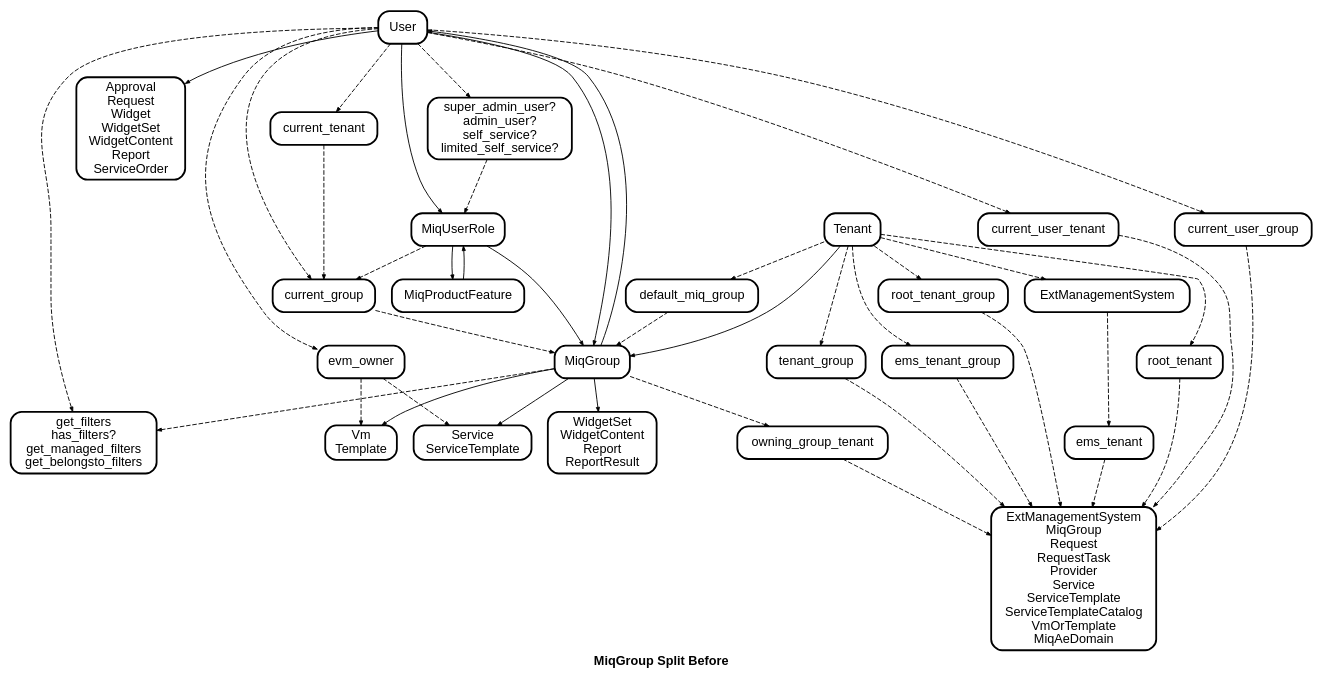
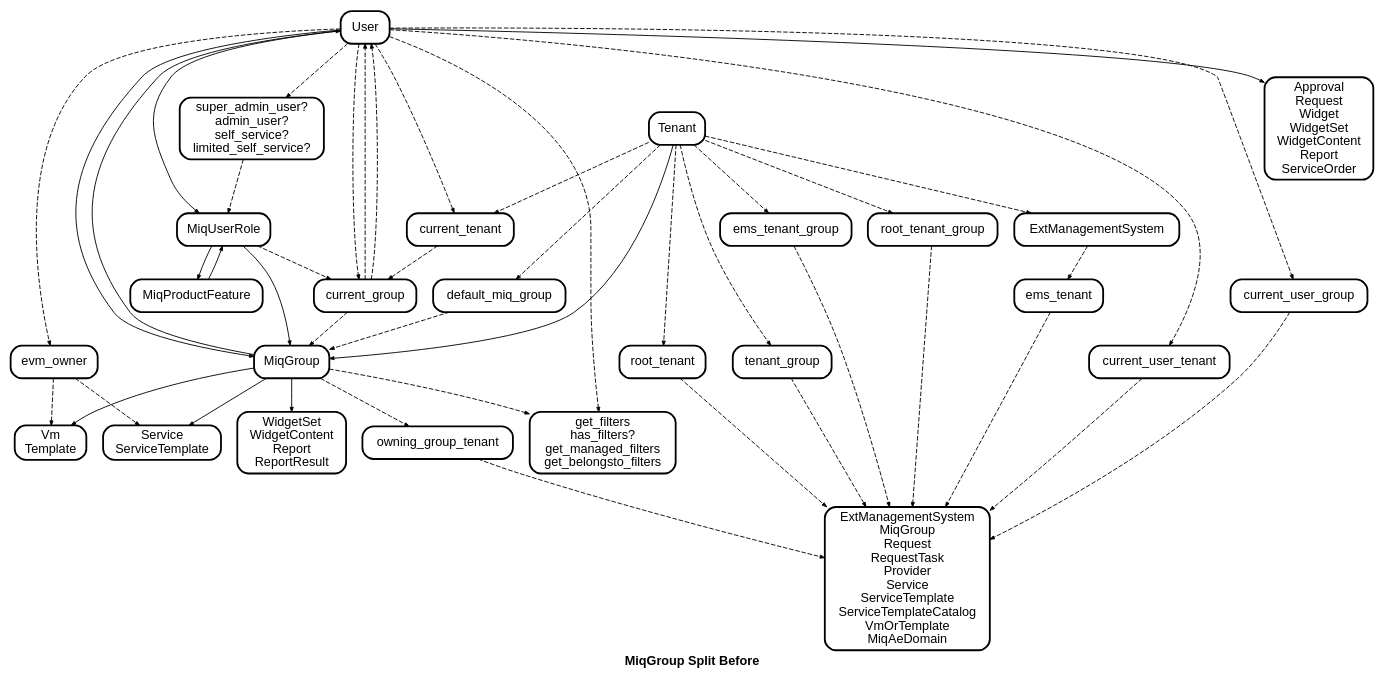
Before and after one commit to jrafanie/miq_group_split: the diagram in miq_group_split_before.dot, drawn with Graphviz.

Commit message:
Fix User's delegation through current_group.

```diff
--- a/miq_group_split_before.dot
+++ b/miq_group_split_before.dot
@@ -1,46 +1,47 @@
 digraph MiqGroupSplitBefore {
 	graph [ fontname="Helvetica-Bold" ]
 	node  [ id="\N" shape="Mrecord" style="filled" fontname="Helvetica" fillcolor="#ffffff" penwidth="2" ]
 	edge  [ arrowsize="0.5" fontname="Helvetica" ]
 
 	label="MiqGroup Split Before"
 	style="rounded"
 
 	user_owned_resources [label="Approval\nRequest\nWidget\nWidgetSet\nWidgetContent\nReport\nServiceOrder"]
 	group_owned_resources [label="WidgetSet\nWidgetContent\nReport\nReportResult"]
 	owned_vms [label="Vm\nTemplate"]
 	filters [label="get_filters\nhas_filters?\nget_managed_filters\nget_belongsto_filters"]
 	user_levels [label="super_admin_user?\nadmin_user?\nself_service?\nlimited_self_service?"]
 	service_resources [label="Service\nServiceTemplate"]
 	tenancy_resources [label="ExtManagementSystem\nMiqGroup\nRequest\nRequestTask\nProvider\nService\nServiceTemplate\nServiceTemplateCatalog\nVmOrTemplate\nMiqAeDomain"]
 
 	Tenant -> MiqGroup
 	Tenant -> default_miq_group -> MiqGroup [style="dashed"]
 	MiqUserRole -> MiqGroup
 	MiqUserRole -> MiqProductFeature
 	MiqProductFeature -> MiqUserRole
 	MiqGroup -> User
 
 	# OwnershipMixin
 	MiqGroup -> owned_vms, group_owned_resources, service_resources
 	User -> evm_owner -> owned_vms, service_resources [style="dashed"]
 
 	User -> MiqUserRole, MiqGroup
 	User -> current_tenant, current_group, filters [style="dashed"]
 	User -> user_levels -> MiqUserRole [style="dashed"]
 	MiqGroup -> filters [style="dashed"]
 
 	User -> user_owned_resources
 	current_group -> MiqGroup [style="dashed"]
-	MiqUserRole, current_tenant -> current_group [style="dashed"]
+	MiqUserRole -> current_group -> User [style="dashed"]
+	Tenant -> current_tenant -> current_group -> User [style="dashed"]
 
 	# TenancyMixin
 	MiqGroup -> owning_group_tenant -> tenancy_resources [style="dashed"]
 	User -> current_user_tenant -> tenancy_resources [style="dashed"]
 	Tenant -> ExtManagementSystem -> ems_tenant -> tenancy_resources [style="dashed"]
 	Tenant -> root_tenant -> tenancy_resources [style="dashed"]
 	Tenant -> tenant_group -> tenancy_resources [style="dashed"]
 	User -> current_user_group -> tenancy_resources [style="dashed"]
 	Tenant -> ems_tenant_group -> tenancy_resources [style="dashed"]
 	Tenant -> root_tenant_group -> tenancy_resources [style="dashed"]
 }
```
